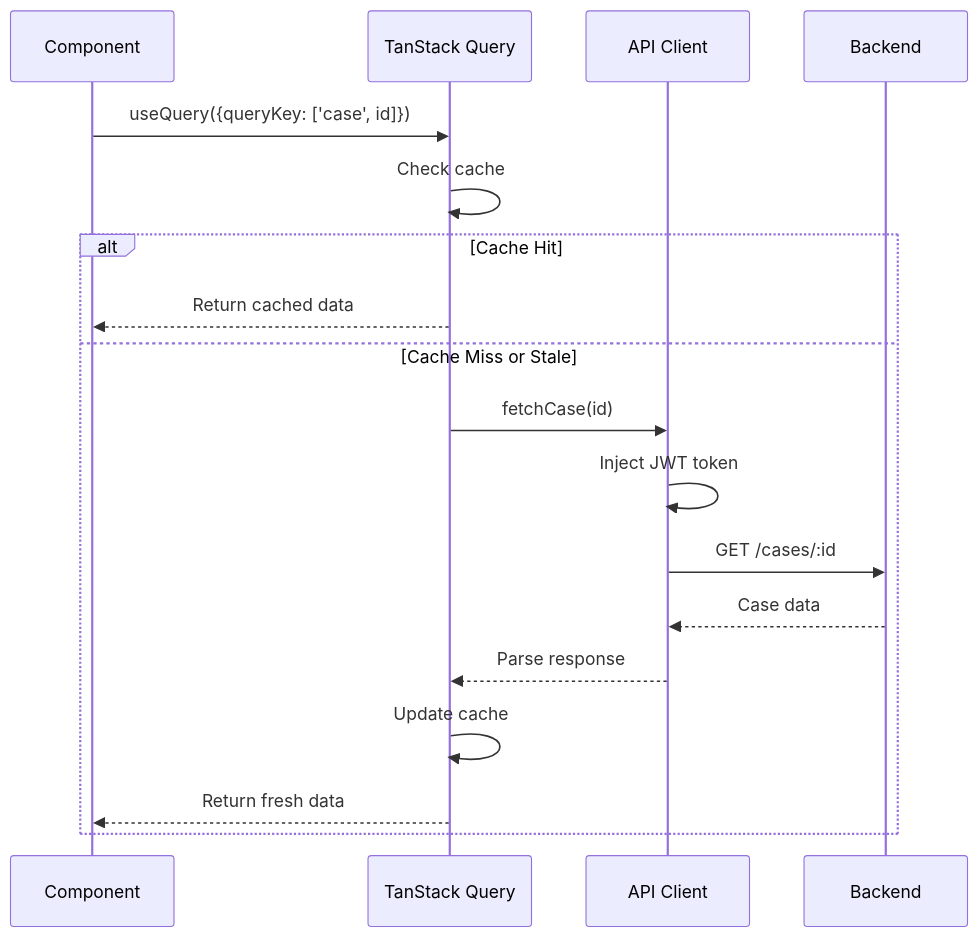
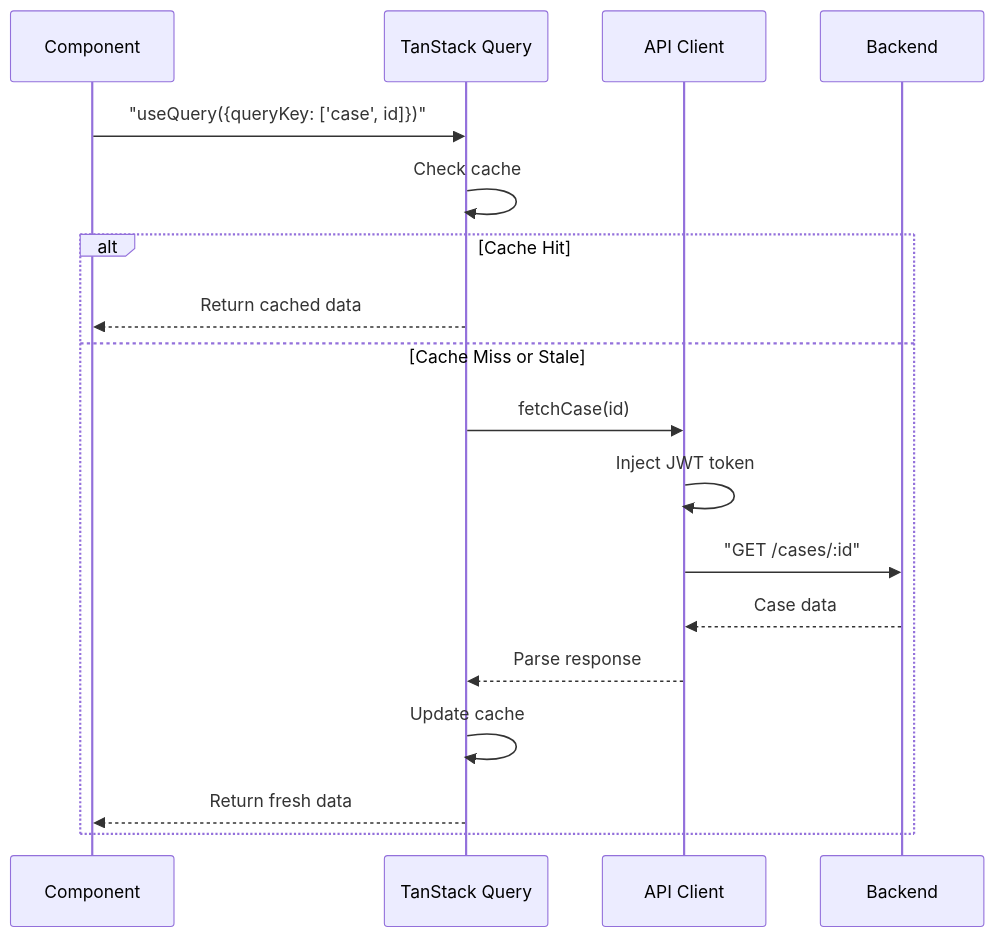
One commit to reyandabreo/NexusTrace changed the second of 3 diagrams in nexustrace-frontend/PROJECT_STRUCTURE.md. Above: the diagram before and after it, drawn with Mermaid. The commit also changed other lines of this file and 8 other files, not shown here.

````diff
--- a/nexustrace-frontend/PROJECT_STRUCTURE.md
+++ b/nexustrace-frontend/PROJECT_STRUCTURE.md
@@ -430,21 +436,22 @@
 ```mermaid
 sequenceDiagram
     participant C as Component
     participant Q as TanStack Query
     participant API as API Client
     participant BE as Backend
     
-    C->>Q: useQuery({queryKey: ['case', id]})
+    C->>Q: "useQuery({queryKey: ['case', id]})"
     Q->>Q: Check cache
     alt Cache Hit
         Q-->>C: Return cached data
     else Cache Miss or Stale
         Q->>API: fetchCase(id)
         API->>API: Inject JWT token
-        API->>BE: GET /cases/:id
+        API->>BE: "GET /cases/:id"
         BE-->>API: Case data
         API-->>Q: Parse response
         Q->>Q: Update cache
         Q-->>C: Return fresh data
     end
+
 ```
````
